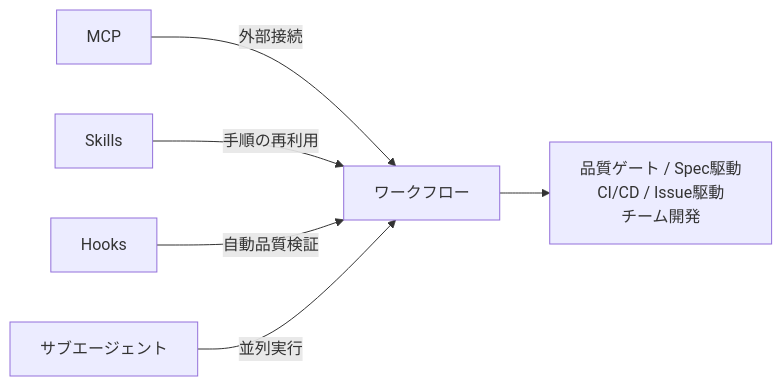
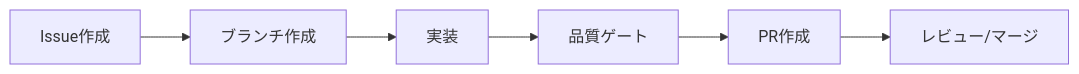
Before and after one commit to forest6511/claude-code-recipes: the diagram in ch15-workflows/README.md, drawn with Mermaid. The commit also changed other lines of this file and 17 other files, not shown here.

````diff
--- a/ch15-workflows/README.md
+++ b/ch15-workflows/README.md
@@ -5,8 +31,8 @@
 ```mermaid
 graph LR
-    A[MCP] -->|外部接続| D[ワークフロー]
-    B[Skills] -->|手順の再利用| D
-    C[Hooks] -->|自動品質検証| D
-    E[サブエージェント] -->|並列実行| D
-    D --> F[品質ゲート / Spec駆動<br/>CI/CD / Issue駆動<br/>チーム開発]
+    A[Issue作成] --> B[ブランチ作成]
+    B --> C[実装]
+    C --> D[品質ゲート]
+    D --> E[PR作成]
+    E --> F[レビュー/マージ]
 ```
````
